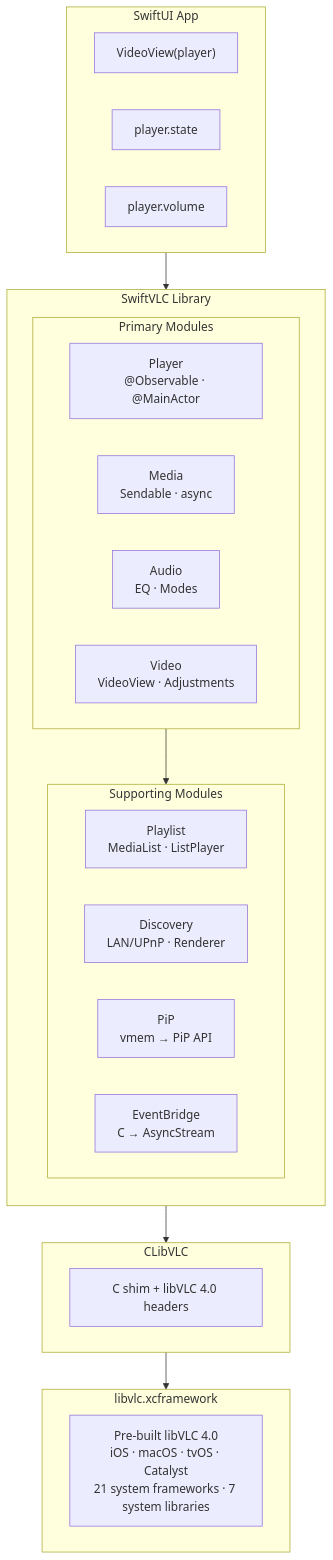
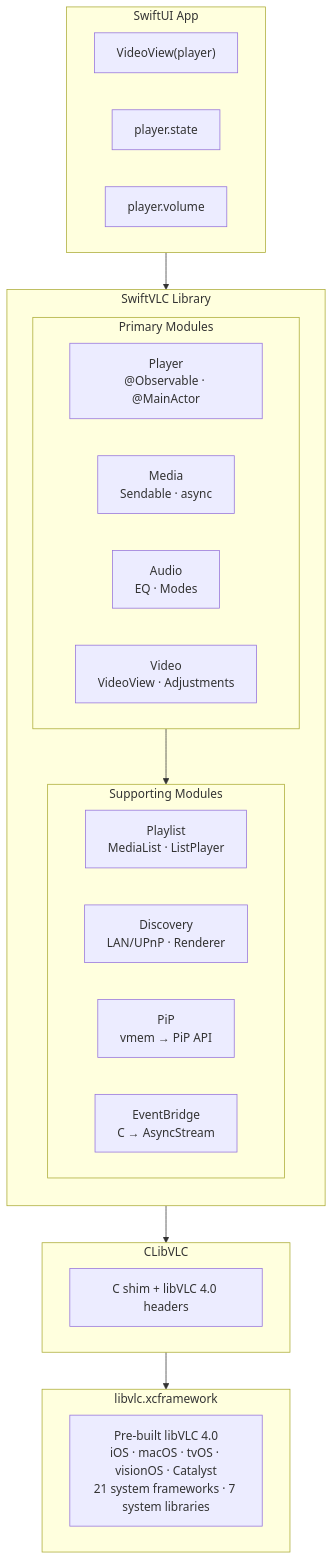
The first of 7 diagrams in ARCHITECTURE.md (harflabs/SwiftVLC), drawn with Mermaid before and after one commit. The commit also changed other lines of this file and 12 other files, not shown here.

````diff
--- a/ARCHITECTURE.md
+++ b/ARCHITECTURE.md
@@ -32,37 +32,37 @@
 ```mermaid
 flowchart TB
     subgraph App["SwiftUI App"]
         VV["VideoView(player)"]
         PS["player.state"]
         PV["player.volume"]
     end
 
     subgraph SwiftVLC["SwiftVLC Library"]
         direction TB
         subgraph Top["Primary Modules"]
             Player["Player<br/>@Observable · @MainActor"]
             Media["Media<br/>Sendable · async"]
             Audio["Audio<br/>EQ · Modes"]
             Video["Video<br/>VideoView · Adjustments"]
         end
         subgraph Bottom["Supporting Modules"]
             Playlist["Playlist<br/>MediaList · ListPlayer"]
             Discovery["Discovery<br/>LAN/UPnP · Renderer"]
             PiP["PiP<br/>vmem → PiP API"]
             EventBridge["EventBridge<br/>C → AsyncStream"]
         end
     end
 
     subgraph CLibVLC["CLibVLC"]
         Shim["C shim + libVLC 4.0 headers"]
     end
 
     subgraph XCF["libvlc.xcframework"]
-        Binary["Pre-built libVLC 4.0<br/>iOS · macOS · tvOS · Catalyst<br/>21 system frameworks · 7 system libraries"]
+        Binary["Pre-built libVLC 4.0<br/>iOS · macOS · tvOS · visionOS · Catalyst<br/>21 system frameworks · 7 system libraries"]
     end
 
     App --> SwiftVLC
     Top --> Bottom
     SwiftVLC --> CLibVLC
     CLibVLC --> XCF
 ```
````
